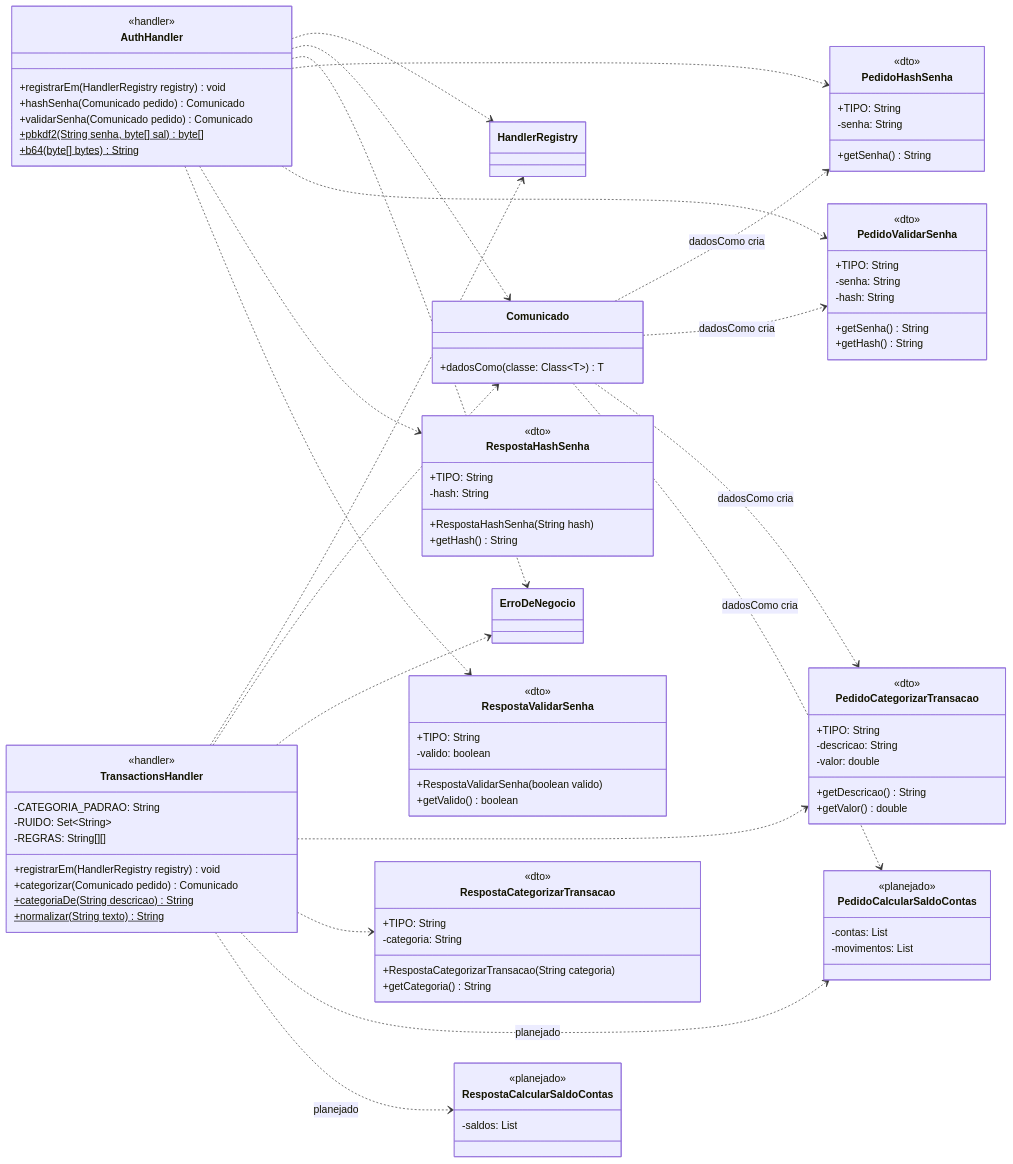
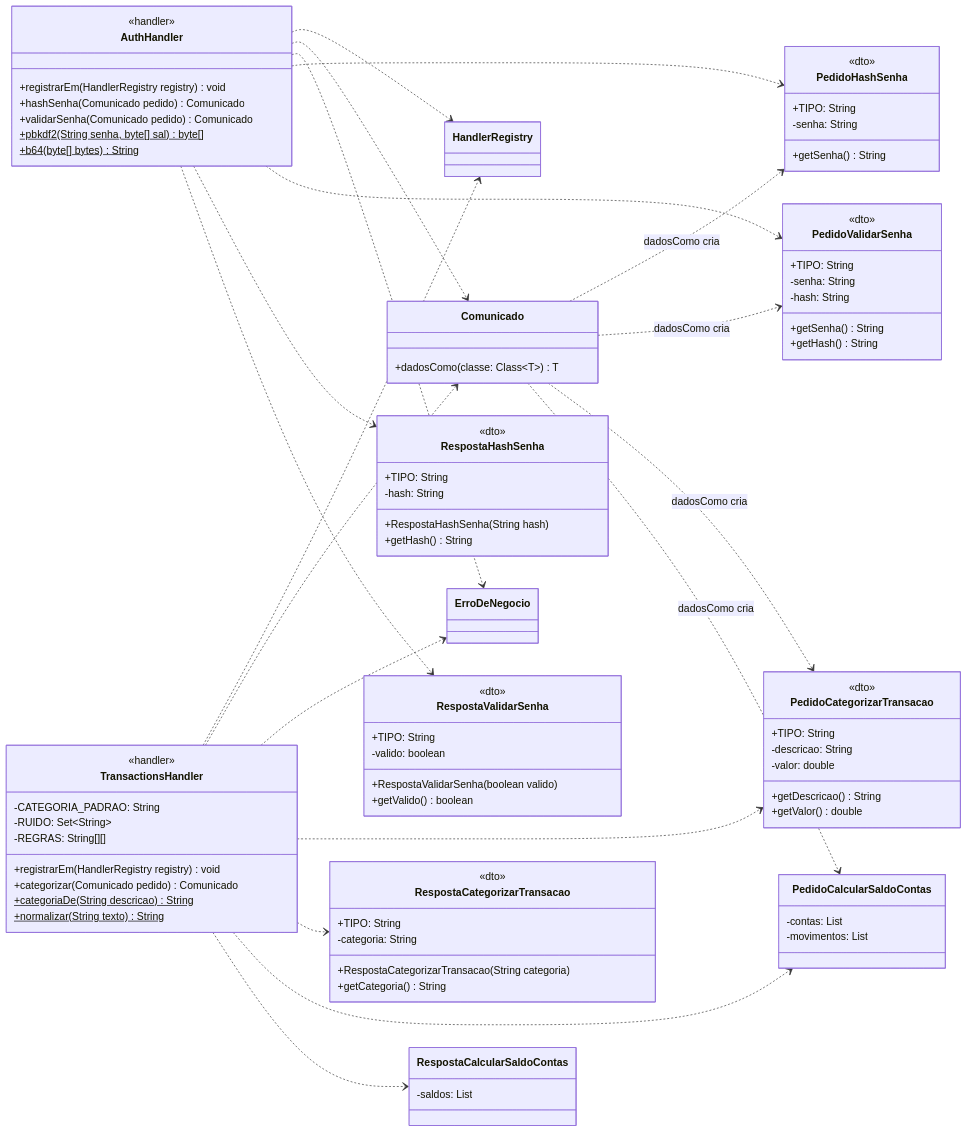
The fifth of 12 diagrams in docs/uml/04-diagrama-de-classes-servidor.md (MiguelFMont/ES-PI4-2026-T1-G18), drawn with Mermaid before and after one commit. The commit also changed other lines of this file and 27 other files, not shown here.

Commit message:
docs: UML só do Servidor (remove diagramas de classes do Backend e do Frontend e as marcas de planejado)

```diff
--- a/docs/uml/04-diagrama-de-classes-servidor.md
+++ b/docs/uml/04-diagrama-de-classes-servidor.md
@@ -493,12 +490,10 @@
         +getCategoria() String
     }
     class PedidoCalcularSaldoContas {
-        <<planejado>>
         -contas: List
         -movimentos: List
     }
     class RespostaCalcularSaldoContas {
-        <<planejado>>
         -saldos: List
     }
     class Comunicado {
@@ -519,8 +514,8 @@
     TransactionsHandler ..> ErroDeNegocio
     TransactionsHandler ..> PedidoCategorizarTransacao
     TransactionsHandler ..> RespostaCategorizarTransacao
-    TransactionsHandler ..> PedidoCalcularSaldoContas : planejado
-    TransactionsHandler ..> RespostaCalcularSaldoContas : planejado
+    TransactionsHandler ..> PedidoCalcularSaldoContas
+    TransactionsHandler ..> RespostaCalcularSaldoContas
     Comunicado ..> PedidoHashSenha : dadosComo cria
     Comunicado ..> PedidoValidarSenha : dadosComo cria
     Comunicado ..> PedidoCategorizarTransacao : dadosComo cria
```
